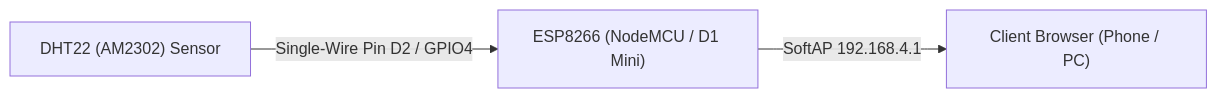
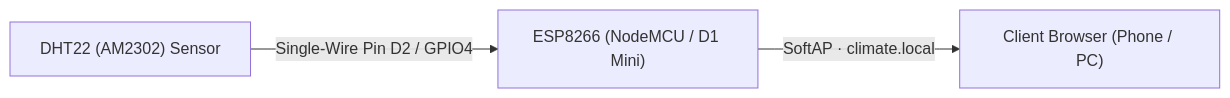
The first of 2 diagrams in README.md (sumitrawat2417/esp-climate-node), drawn with Mermaid before and after one commit. The commit also changed other lines of this file and 7 other files, not shown here.

Commit message:
feat: add captive DNS server for friendly local domain resolution (climate.local)

````diff
--- a/README.md
+++ b/README.md
@@ -55,5 +57,5 @@
 ```mermaid
 flowchart LR
     S["DHT22 (AM2302) Sensor"] -->|"Single-Wire Pin D2 / GPIO4"| M["ESP8266 (NodeMCU / D1 Mini)"]
-    M -->|"SoftAP 192.168.4.1"| N["Client Browser (Phone / PC)"]
+    M -->|"SoftAP · climate.local"| N["Client Browser (Phone / PC)"]
 ```
````
